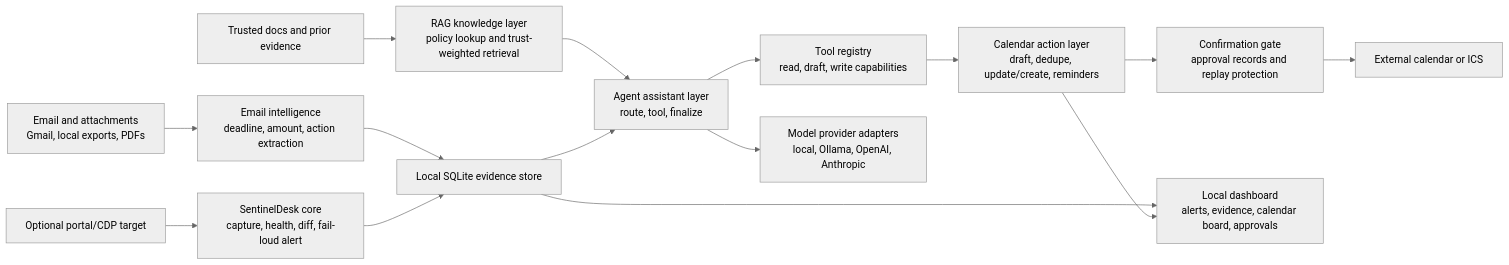
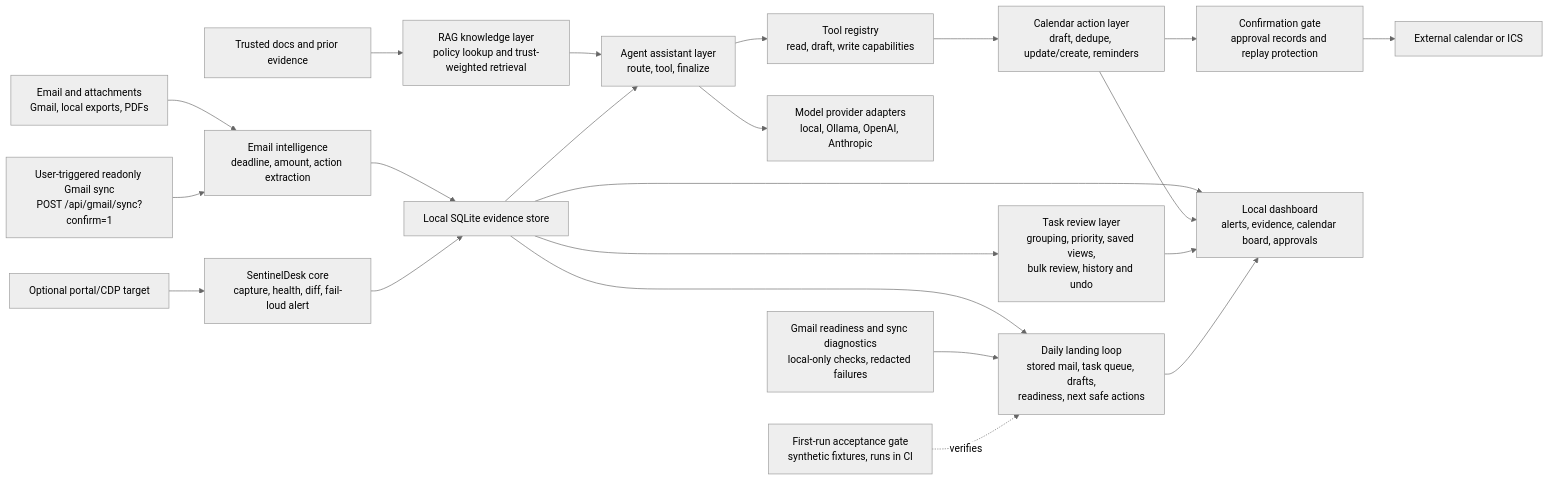
One commit to Mowon0303/LifeAgent changed the diagram in sentinel-desk/docs/ARCHITECTURE.md. Above: the diagram before and after it, drawn with Mermaid (neutral theme). The commit also changed other lines of this file and 14 other files, not shown here.

````diff
--- a/sentinel-desk/docs/ARCHITECTURE.md
+++ b/sentinel-desk/docs/ARCHITECTURE.md
@@ -17,19 +17,27 @@
 ```mermaid
 flowchart LR
   email["Email and attachments<br>Gmail, local exports, PDFs"] --> extractEmail["Email intelligence<br>deadline, amount, action extraction"]
   docs["Trusted docs and prior evidence"] --> rag["RAG knowledge layer<br>policy lookup and trust-weighted retrieval"]
   portal["Optional portal/CDP target"] --> sentinel["SentinelDesk core<br>capture, health, diff, fail-loud alert"]
 
   extractEmail --> store["Local SQLite evidence store"]
   sentinel --> store
   rag --> assistant["Agent assistant layer<br>route, tool, finalize"]
   store --> assistant
 
   assistant --> tools["Tool registry<br>read, draft, write capabilities"]
   assistant --> models["Model provider adapters<br>local, Ollama, OpenAI, Anthropic"]
   tools --> calendarDraft["Calendar action layer<br>draft, dedupe, update/create, reminders"]
   calendarDraft --> confirm["Confirmation gate<br>approval records and replay protection"]
   confirm --> externalCal["External calendar or ICS"]
   store --> dashboard["Local dashboard<br>alerts, evidence, calendar board, approvals"]
   calendarDraft --> dashboard
+
+  gmailSync["User-triggered readonly Gmail sync<br>POST /api/gmail/sync?confirm=1"] --> extractEmail
+  store --> tasksReview["Task review layer<br>grouping, priority, saved views,<br>bulk review, history and undo"]
+  store --> daily["Daily landing loop<br>stored mail, task queue, drafts,<br>readiness, next safe actions"]
+  gmailCheck["Gmail readiness and sync diagnostics<br>local-only checks, redacted failures"] --> daily
+  tasksReview --> dashboard
+  daily --> dashboard
+  acceptance["First-run acceptance gate<br>synthetic fixtures, runs in CI"] -. verifies .-> daily
 ```
````
